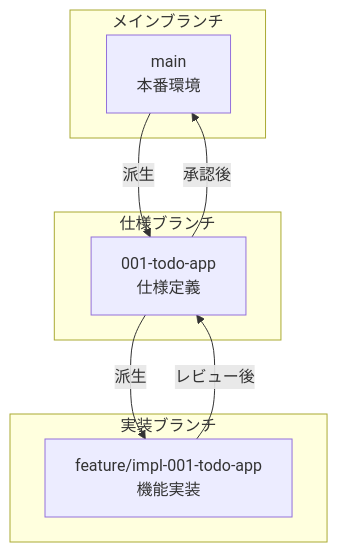
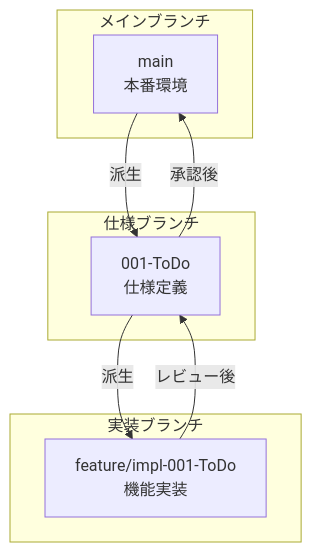
Before and after one commit to J1921604/ToDo: the second of 2 diagrams in .specify/memory/constitution.md, drawn with Mermaid. The commit also changed other lines of this file and 7 other files, not shown here.

Commit message:
docs: amend constitution to v1.1.0 (principle additions + governance update) - プロジェクト憲法v1.1.0を作成 - ローカル実装要件追加（Python 3.10.11実行環境） - Mermaid v11ベストプラクティス拡充 - 品質保証セクション強化（リンク管理、バージョン管理） - 全ドキュメントのリンクをGitHubリポジトリURLに統一 - README.mdに憲法リンク追加

````diff
--- a/.specify/memory/constitution.md
+++ b/.specify/memory/constitution.md
@@ -166,19 +144,19 @@
 ```mermaid
 flowchart TB
     subgraph "メインブランチ"
         MAIN[main<br/>本番環境]
     end
   
     subgraph "仕様ブランチ"
-        SPEC[001-todo-app<br/>仕様定義]
+        SPEC[001-ToDo<br/>仕様定義]
     end
   
     subgraph "実装ブランチ"
-        IMPL[feature/impl-001-todo-app<br/>機能実装]
+        IMPL[feature/impl-001-ToDo<br/>機能実装]
     end
   
     MAIN -->|派生| SPEC
     SPEC -->|派生| IMPL
     IMPL -->|レビュー後| SPEC
     SPEC -->|承認後| MAIN
 ```
````
